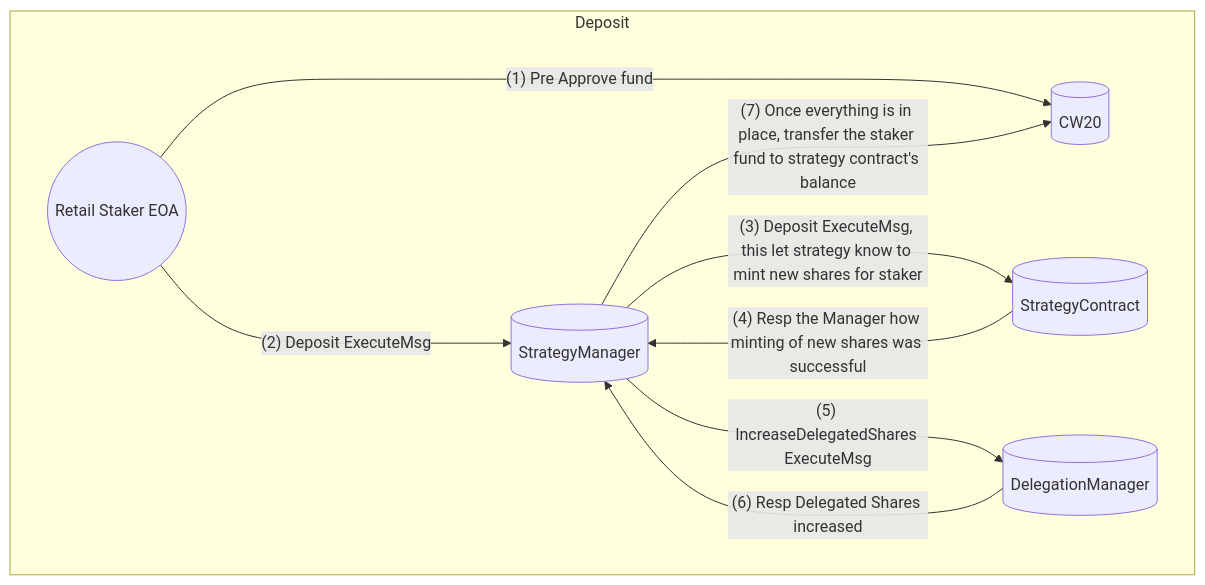
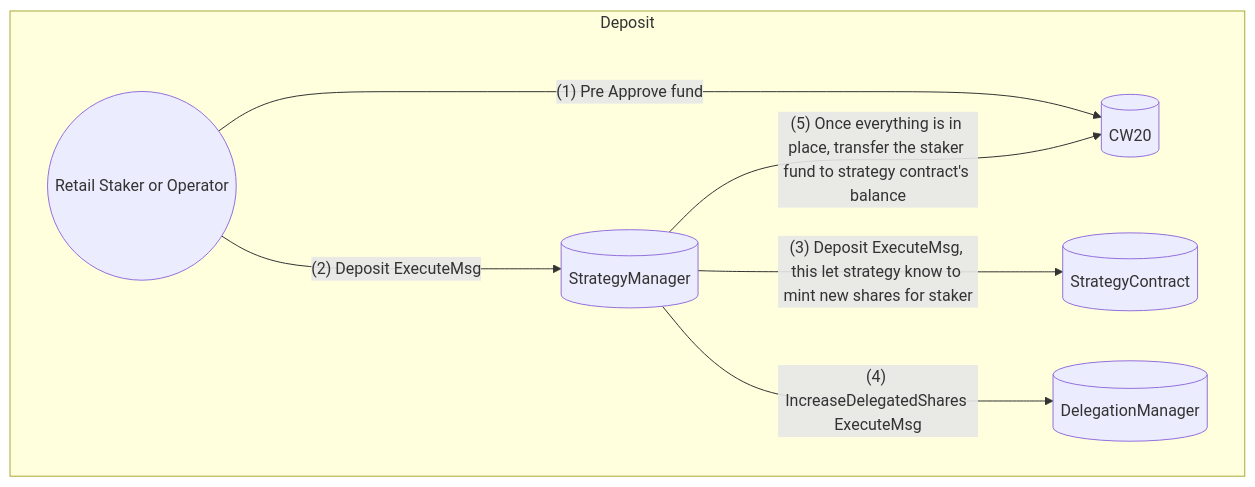
One commit to satlayer/satlayer-bvs changed the third of 6 diagrams in crates/bvs-strategy-manager/README.md. Above: the diagram before and after it, drawn with Mermaid.

Commit message:
chore: PR reviews

````diff
--- a/crates/bvs-strategy-manager/README.md
+++ b/crates/bvs-strategy-manager/README.md
@@ -107,18 +107,16 @@
 ```mermaid
 flowchart TD
     subgraph 1["Deposit"]
     %% Nodes
-        1.A((Retail Staker EOA))
+        1.A((Retail Staker or Operator))
         1.B[(StrategyManager)]
         1.C[(DelegationManager)]
         1.D[(CW20)]
         1.E[(StrategyContract)]
         1.A --->|" (1) Pre Approve fund "| 1.D
         1.A --->|" (2) Deposit ExecuteMsg "| 1.B
         1.B --->|" (3) Deposit ExecuteMsg, this let strategy know to mint new shares for staker "| 1.E
-        1.E --->|" (4) Resp the Manager how minting of new shares was successful "| 1.B
-        1.B --->|" (5) IncreaseDelegatedShares ExecuteMsg "| 1.C
-        1.C --->|" (6) Resp Delegated Shares increased "| 1.B
-        1.B --->|" (7) Once everything is in place, transfer the staker fund to strategy contract's balance "| 1.D
+        1.B --->|" (4) IncreaseDelegatedShares ExecuteMsg "| 1.C
+        1.B --->|" (5) Once everything is in place, transfer the staker fund to strategy contract's balance "| 1.D
     end
 ```
````
